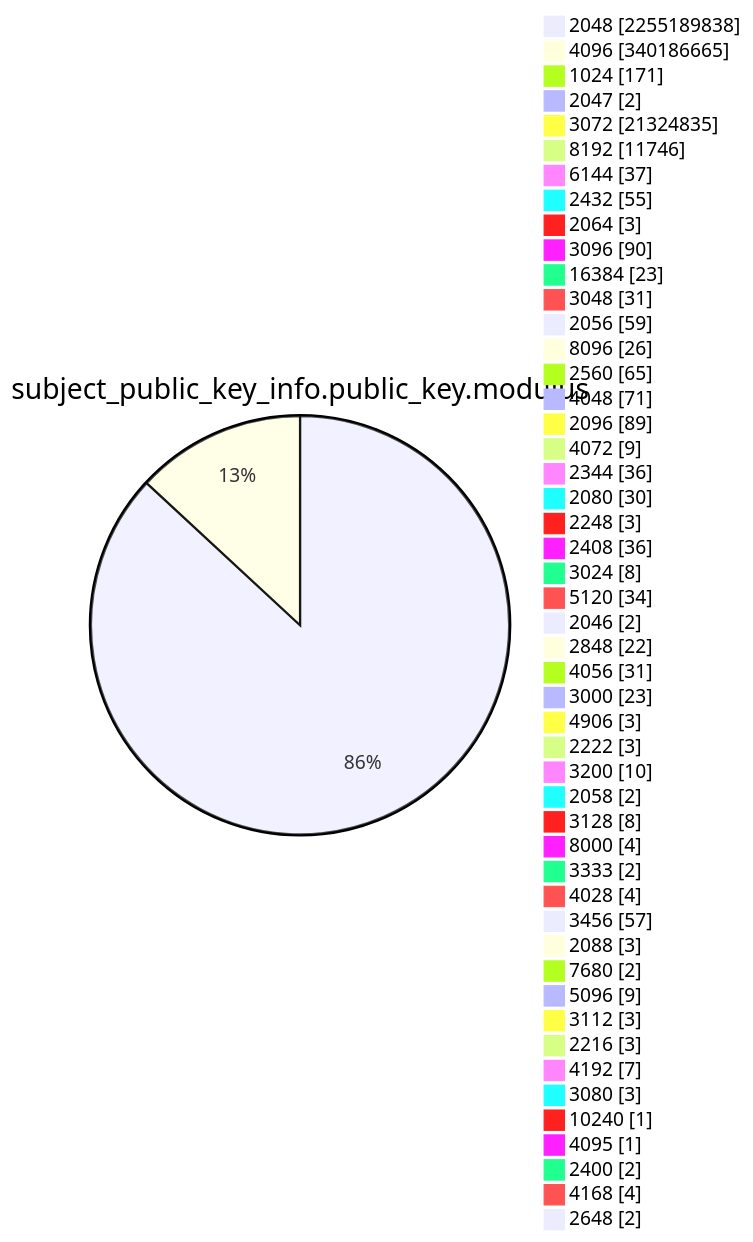
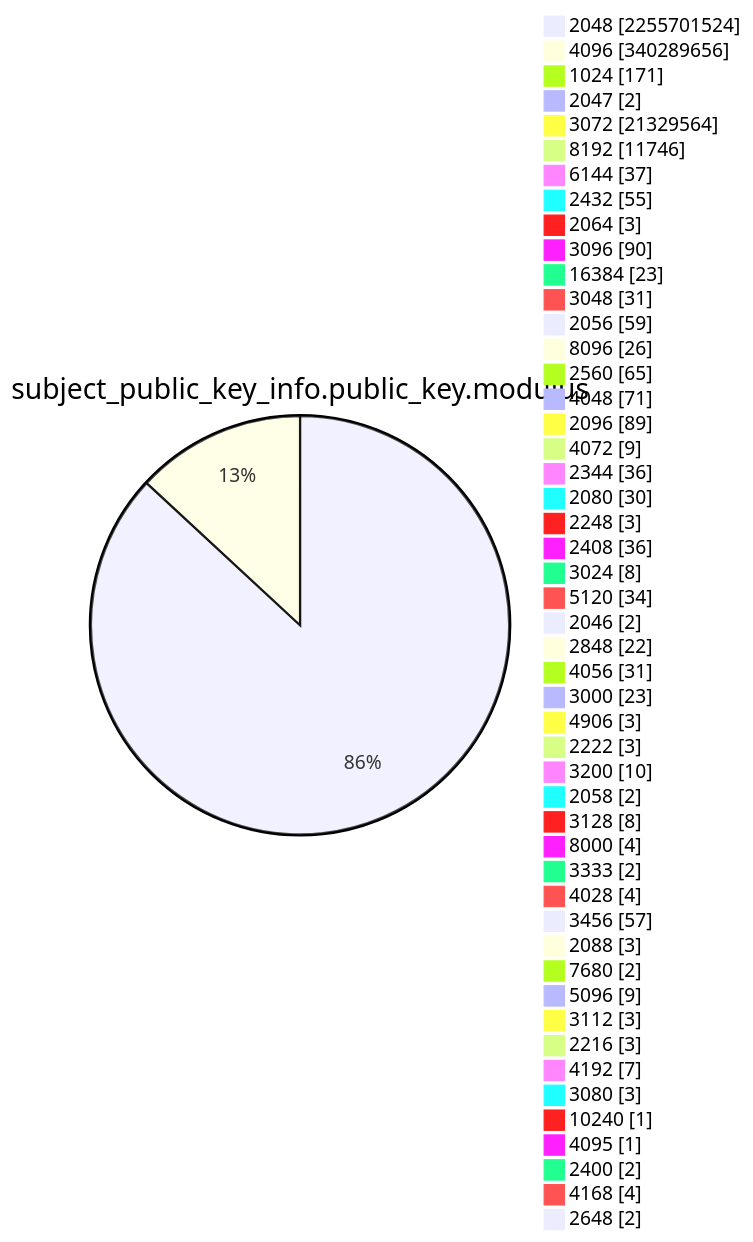
Before and after one commit to christiankrug/ctmonitor_visualization: diagram 13 of 15 in TOTAL/README.md, drawn with Mermaid. The commit also changed other lines of this file, not shown here.

````diff
--- a/TOTAL/README.md
+++ b/TOTAL/README.md
@@ -4165,53 +4165,53 @@
 ```mermaid
 pie showData
 title subject_public_key_info.public_key.modulus
-"2048" :2255189838
-"4096" :340186665
+"2048" :2255701524
+"4096" :340289656
 "1024" :171
 "2047" :2
-"3072" :21324835
+"3072" :21329564
 "8192" :11746
 "6144" :37
 "2432" :55
 "2064" :3
 "3096" :90
 "16384" :23
 "3048" :31
 "2056" :59
 "8096" :26
 "2560" :65
 "4048" :71
 "2096" :89
 "4072" :9
 "2344" :36
 "2080" :30
 "2248" :3
 "2408" :36
 "3024" :8
 "5120" :34
 "2046" :2
 "2848" :22
 "4056" :31
 "3000" :23
 "4906" :3
 "2222" :3
 "3200" :10
 "2058" :2
 "3128" :8
 "8000" :4
 "3333" :2
 "4028" :4
 "3456" :57
 "2088" :3
 "7680" :2
 "5096" :9
 "3112" :3
 "2216" :3
 "4192" :7
 "3080" :3
 "10240" :1
 "4095" :1
 "2400" :2
 "4168" :4
 "2648" :2
 ```
````
